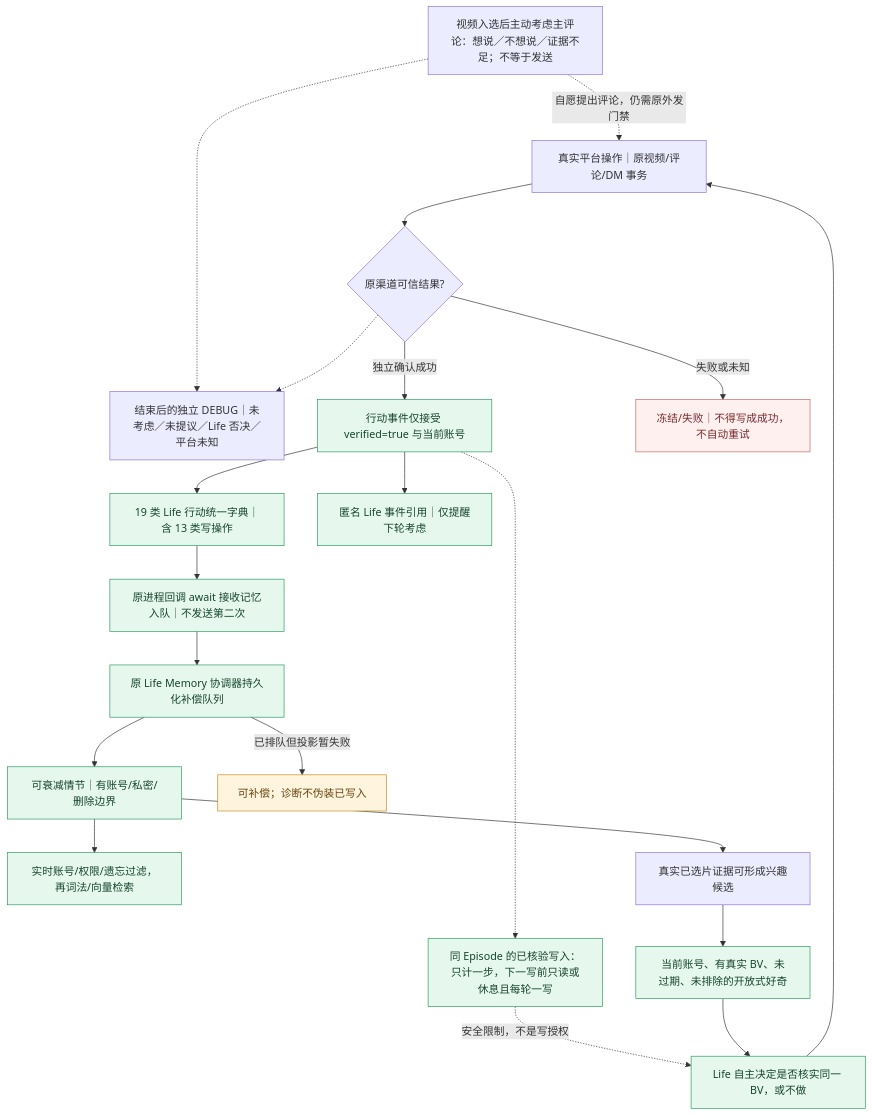
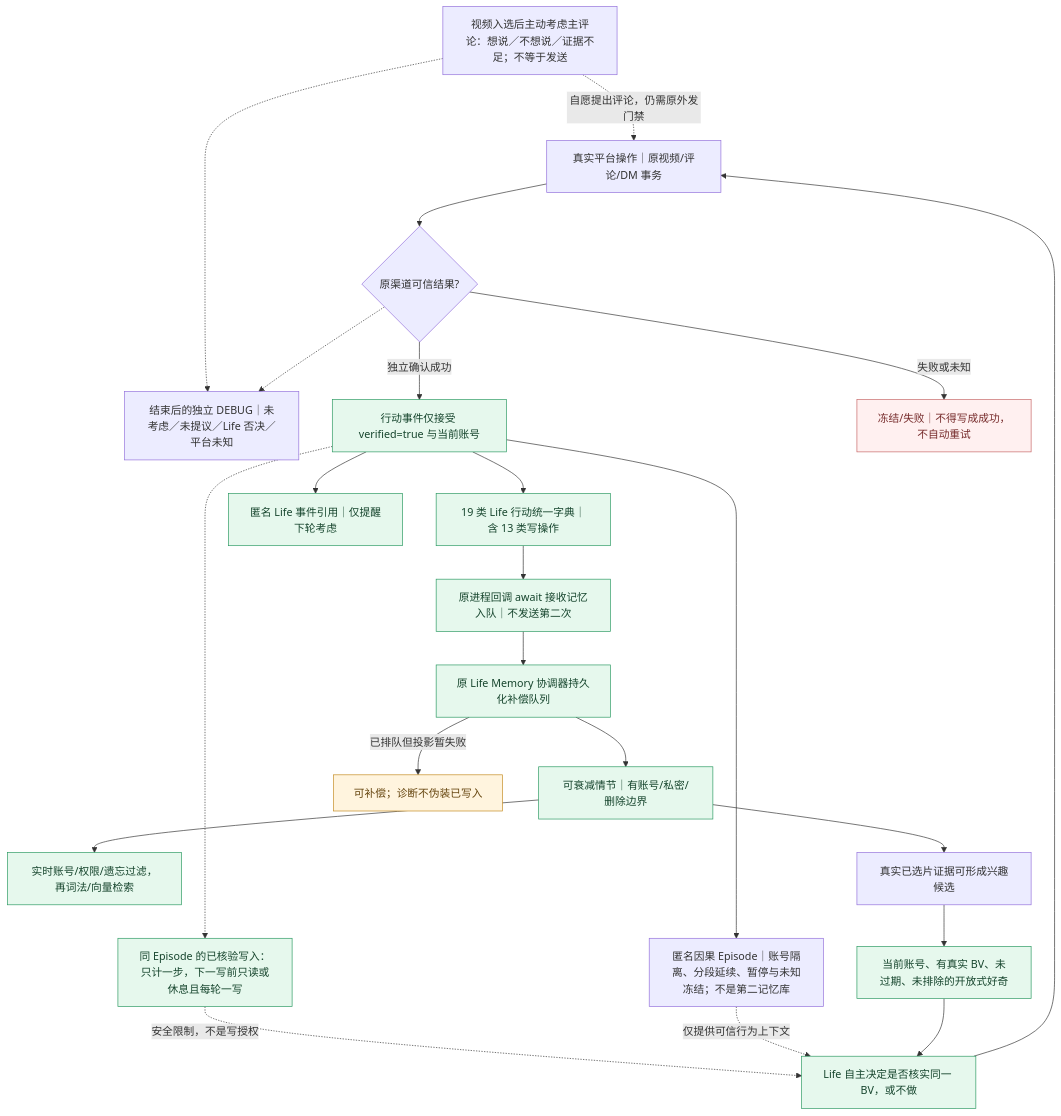
One commit to minedalang/dsh-dafeiyu-life changed the third of 4 diagrams in docs/architecture/life-system-current-view.md. Above: the diagram before and after it, drawn with Mermaid. The commit also changed other lines of this file and 22 other files, not shown here.

````diff
--- a/docs/architecture/life-system-current-view.md
+++ b/docs/architecture/life-system-current-view.md
@@ -254,61 +271,66 @@
 ```mermaid
 %% 同版本 Life 补链维护：模型/菜单不是平台成功证据
 %% @code source | lib/life-video-action-bridge.mjs | createLifeVideoActionBridge
 %% @code commentReview | vendor/bilibili-mcp/mcp_server.py | async def bili_comment_consideration
 %% @code commentOutcome | lib/video-comment-readiness.mjs | classifyVideoCommentRound
 %% @code catalog | lib/life-action-memory.mjs | LIFE_ACTION_NAMES
 %% @code verified | lib/life-action-memory.mjs | export function verifiedLifeActionEvent
 %% @code wake | lib/life-agent-events.mjs | VERIFIED_COMPLETION_KINDS
 %% @code outbox | lib/life-memory-coordinator.mjs | createLifeMemoryCoordinator
 %% @code episode | lib/life-memory-gateway.mjs | function asEpisode
 %% @code recall | lib/life-memory-gateway.mjs | function recall
 %% @code growth | lib/life-interests.mjs | recordInterestEvents
 %% @code curiosity | lib/life-interests.mjs | scopedCuriosityOpportunityEvidence
 %% @code planner | lib/autonomous-planner.mjs | export function plannerActionMenu
 %% @code bridge | index.js | const rememberVerifiedLifeAction
 %% @code unknown | lib/life-continuation-write.mjs | status:'uncertain'
 flowchart TB
   source["真实平台操作｜原视频/评论/DM 事务"]
+  universalCausal["匿名因果 Episode｜账号隔离、分段延续、暂停与未知冻结；不是第二记忆库"]
   postWrite["同 Episode 的已核验写入：只计一步，下一写前只读或休息且每轮一写"]
   commentReview["视频入选后主动考虑主评论：想说／不想说／证据不足；不等于发送"]
   commentOutcome["结束后的独立 DEBUG｜未考虑／未提议／Life 否决／平台未知"]
   receipt{"原渠道可信结果?"}
   verified["行动事件仅接受 verified=true 与当前账号"]
   unknown["冻结/失败｜不得写成成功，不自动重试"]
   catalog["19 类 Life 行动统一字典｜含 13 类写操作"]
   wake["匿名 Life 事件引用｜仅提醒下轮考虑"]
   bridge["原进程回调 await 接收记忆入队｜不发送第二次"]
   outbox["原 Life Memory 协调器持久化补偿队列"]
   episode["可衰减情节｜有账号/私密/删除边界"]
   pending["可补偿；诊断不伪装已写入"]
   recall["实时账号/权限/遗忘过滤，再词法/向量检索"]
   growth["真实已选片证据可形成兴趣候选"]
   curiosity["当前账号、有真实 BV、未过期、未排除的开放式好奇"]
   planner["Life 自主决定是否核实同一 BV，或不做"]
   commentReview -.->|自愿提出评论，仍需原外发门禁| source
   commentReview -.-> commentOutcome
   source --> receipt
   verified -.-> postWrite -.->|安全限制，不是写授权| planner
   receipt -.-> commentOutcome
   receipt -->|独立确认成功| verified
   receipt -->|失败或未知| unknown
   verified --> catalog
+  verified --> universalCausal
   verified --> wake
   catalog --> bridge
   bridge --> outbox
   outbox --> episode
   outbox -->|已排队但投影暂失败| pending
   episode --> recall
+  universalCausal -.->|仅提供可信行为上下文| planner
   episode --> growth
   growth --> curiosity
   curiosity --> planner
   planner --> source
   classDef green fill:#e6f8ed,stroke:#2a9961,color:#16452d
   classDef yellow fill:#fff4de,stroke:#c48a20,color:#65440d
   classDef red fill:#fff0f0,stroke:#c66565,color:#762b2b
   class verified,catalog,wake,bridge,outbox,episode,recall,curiosity,planner,postWrite green
   class pending yellow
   class unknown red
 
 %% @code postWrite | lib/life-opportunities.mjs | entry.writeAftercare='read-or-rest'
+
+%% @code universalCausal | lib/life-universal-episodes.mjs | export function createUniversalLifeEpisodes
 ```
````
